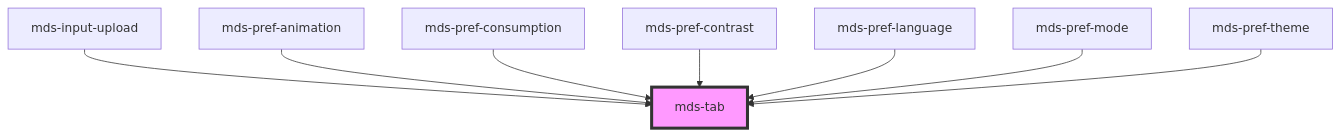
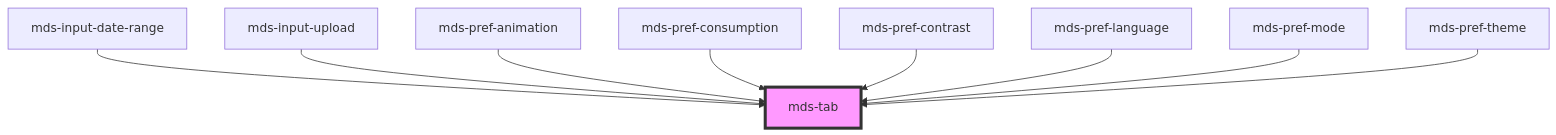
One commit to magma-design-system/magma changed the diagram in projects/stencil/src/components/mds-tab/readme.md. Above: the diagram before and after it, drawn with Mermaid. The commit also changed other lines of this file and 3 other files, not shown here.

First line of the commit message:
fix(mds-tab): leave the focus alone when an item is selected from code

````diff
--- a/projects/stencil/src/components/mds-tab/readme.md
+++ b/projects/stencil/src/components/mds-tab/readme.md
@@ -536,11 +537,12 @@
 ```mermaid
 graph TD;
+  mds-input-date-range --> mds-tab
   mds-input-upload --> mds-tab
   mds-pref-animation --> mds-tab
   mds-pref-consumption --> mds-tab
   mds-pref-contrast --> mds-tab
   mds-pref-language --> mds-tab
   mds-pref-mode --> mds-tab
   mds-pref-theme --> mds-tab
   style mds-tab fill:#f9f,stroke:#333,stroke-width:4px
 ```
````
